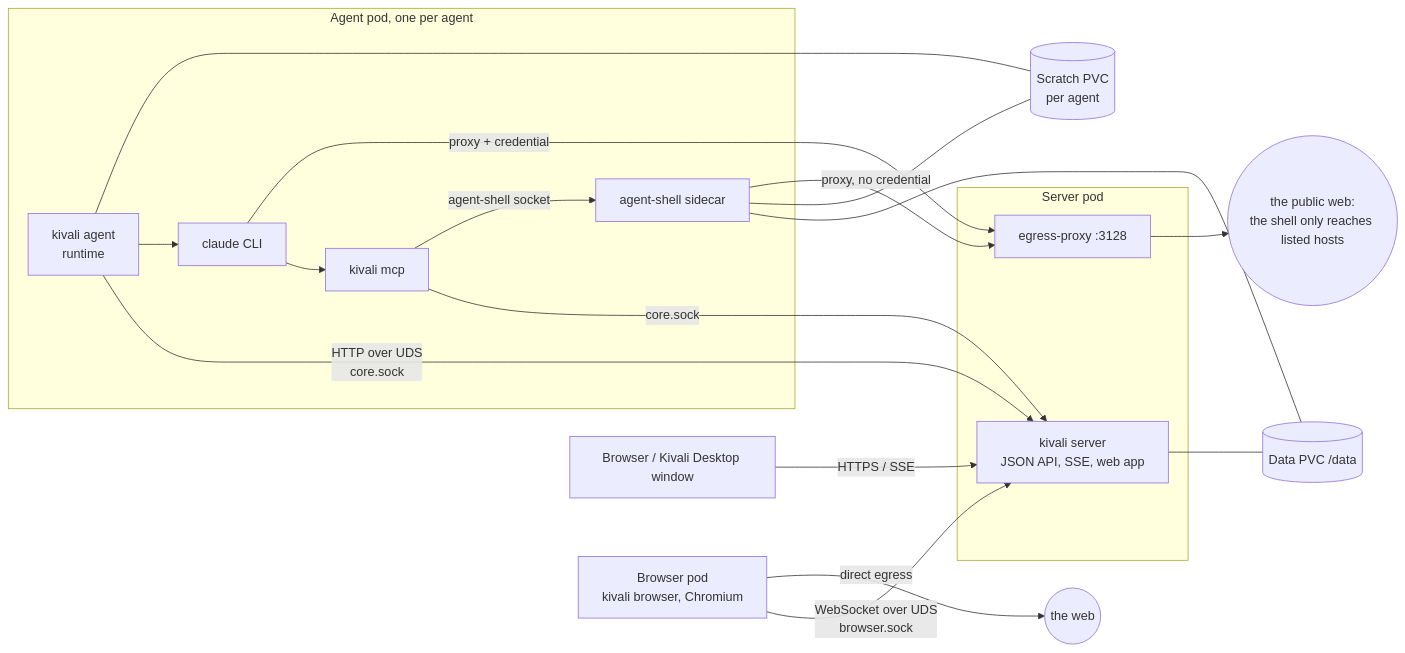
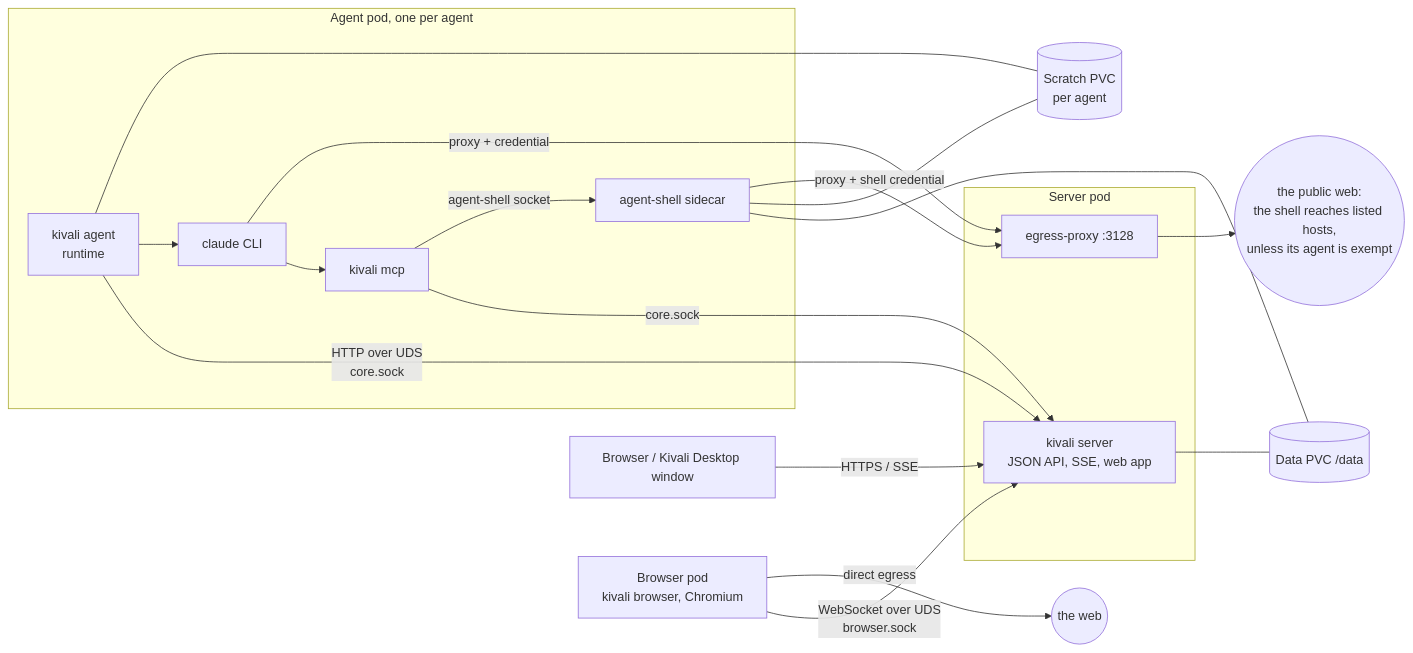
One commit to kivali-ai/kivali changed the first of 2 diagrams in docs/developers/architecture.md. Above: the diagram before and after it, drawn with Mermaid. The commit also changed other lines of this file and 66 other files, not shown here.

First line of the commit message:
Give each agent its own network allowance: extra hosts for its shell and a switch that lifts every limit

````diff
--- a/docs/developers/architecture.md
+++ b/docs/developers/architecture.md
@@ -10,30 +10,30 @@
 ```mermaid
 flowchart LR
   browser[Browser / Kivali Desktop window]
   subgraph server_pod[Server pod]
     core[kivali server<br/>JSON API, SSE, web app]
     proxy[egress-proxy :3128]
   end
   subgraph agent_pod[Agent pod, one per agent]
     runtime[kivali agent<br/>runtime]
     cli[claude CLI]
     mcp[kivali mcp]
     shell[agent-shell sidecar]
   end
   data[(Data PVC /data)]
   scratch[(Scratch PVC<br/>per agent)]
   browser -- HTTPS / SSE --> core
   core --- data
   runtime -- HTTP over UDS<br/>core.sock --> core
   runtime --> cli --> mcp
   mcp -- core.sock --> core
   browserpod[Browser pod<br/>kivali browser, Chromium] -- WebSocket over UDS<br/>browser.sock --> core
   browserpod -- direct egress --> web((the web))
   mcp -- agent-shell socket --> shell
   shell --- data
   shell --- scratch
   runtime --- scratch
   cli -- proxy + credential --> proxy
-  shell -- proxy, no credential --> proxy
-  proxy --> internet((the public web:<br/>the shell only reaches listed hosts))
+  shell -- proxy + shell credential --> proxy
+  proxy --> internet((the public web:<br/>the shell reaches listed hosts,<br/>unless its agent is exempt))
 ```
````
